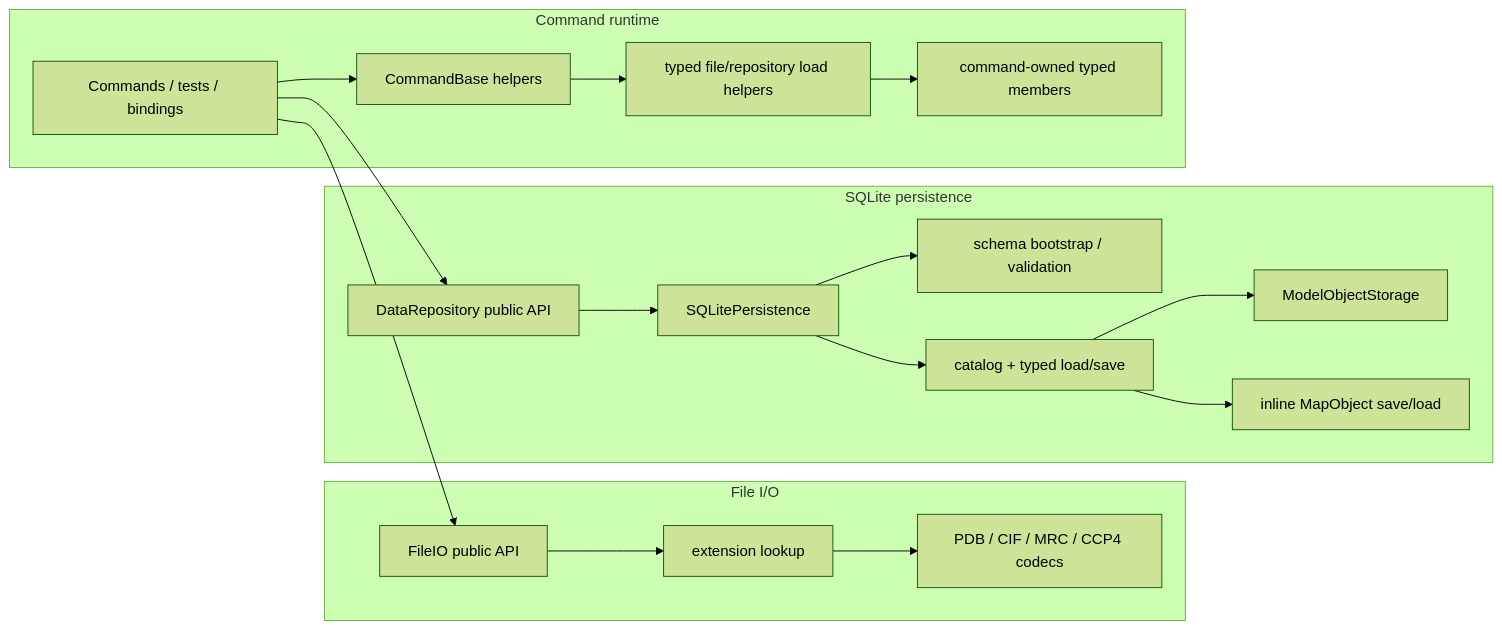
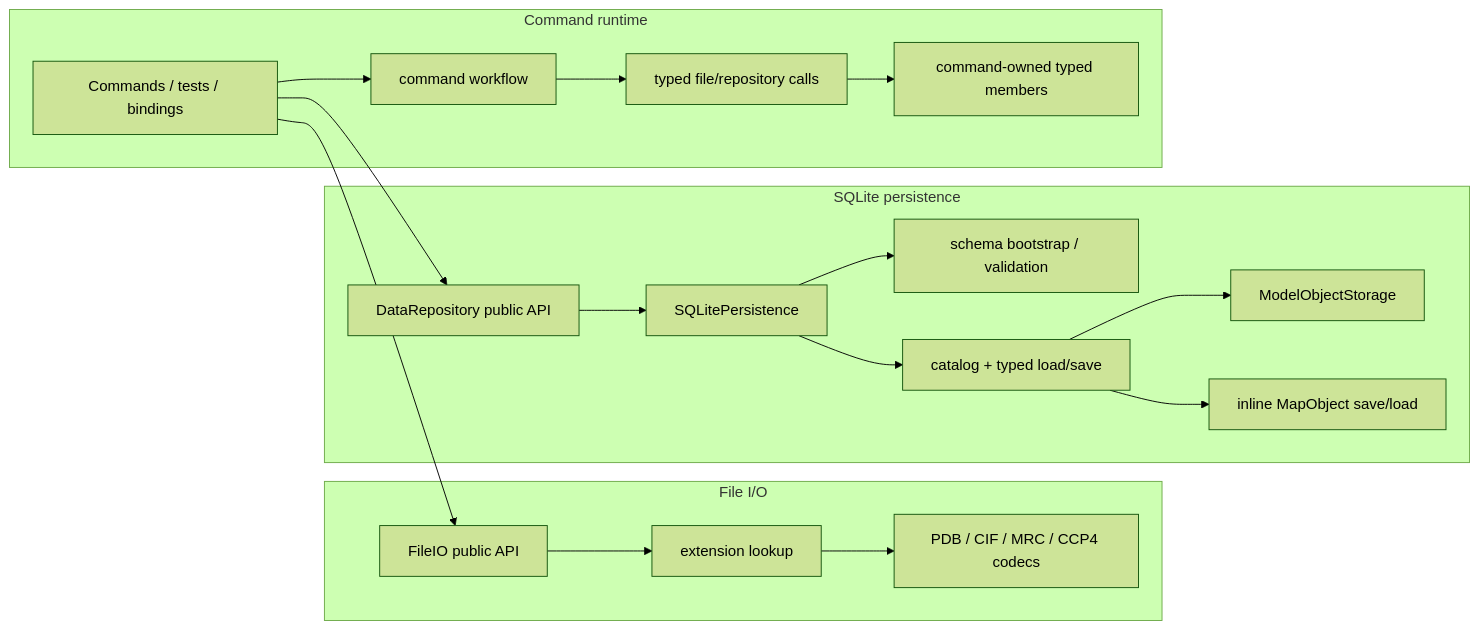
The diagram in docs/developer/architecture/dataobject-io-architecture.md (yslianTim/rhbm_gem), drawn with Mermaid (forest theme) before and after one commit. The commit also changed other lines of this file and 23 other files, not shown here.

````diff
--- a/docs/developer/architecture/dataobject-io-architecture.md
+++ b/docs/developer/architecture/dataobject-io-architecture.md
@@ -58,24 +58,24 @@
 ```mermaid
 flowchart LR
     A["Commands / tests / bindings"] --> B["FileIO public API"]
     A --> C["DataRepository public API"]
 
     subgraph F["File I/O"]
       B --> E["extension lookup"]
       E --> F1["PDB / CIF / MRC / CCP4 codecs"]
     end
 
     subgraph P["SQLite persistence"]
       C --> G["SQLitePersistence"]
       G --> H["schema bootstrap / validation"]
       G --> I["catalog + typed load/save"]
       I --> J["ModelObjectStorage"]
       I --> K["inline MapObject save/load"]
     end
 
     subgraph R["Command runtime"]
-      A --> M["CommandBase helpers"]
-      M --> N["typed file/repository load helpers"]
+      A --> M["command workflow"]
+      M --> N["typed file/repository calls"]
       N --> O["command-owned typed members"]
     end
 ```
````
